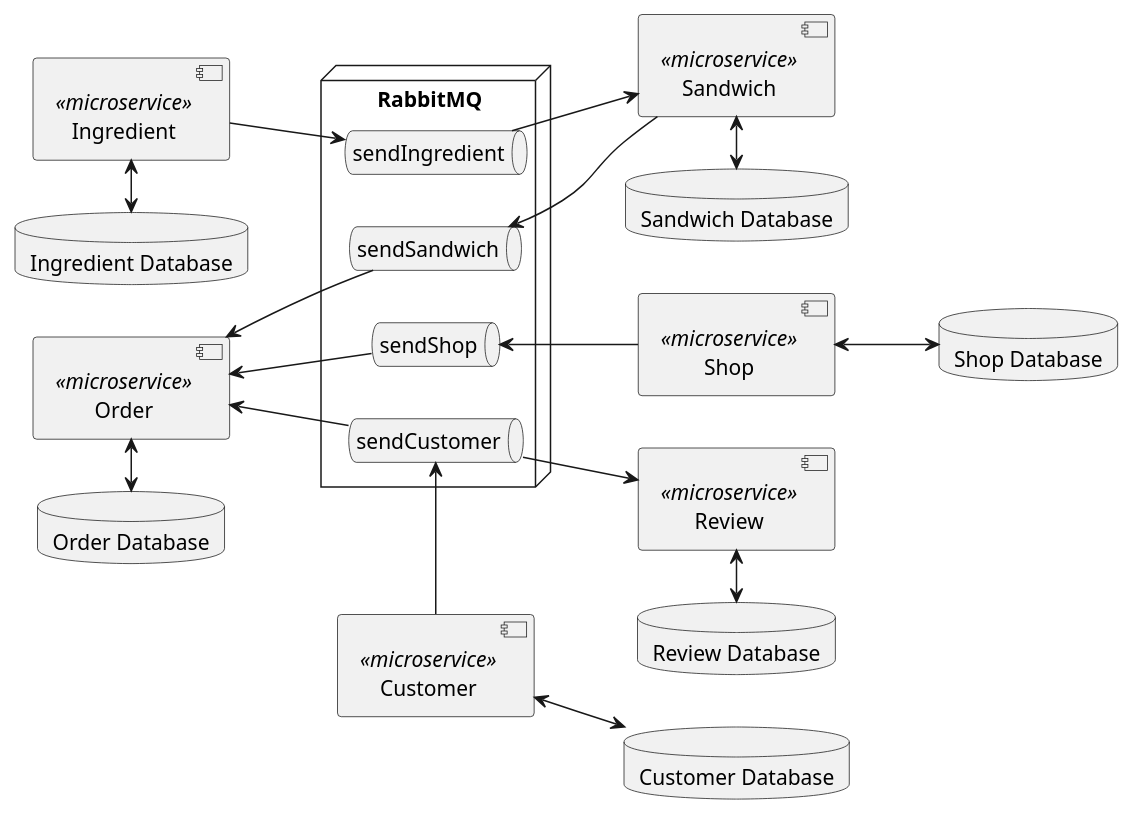
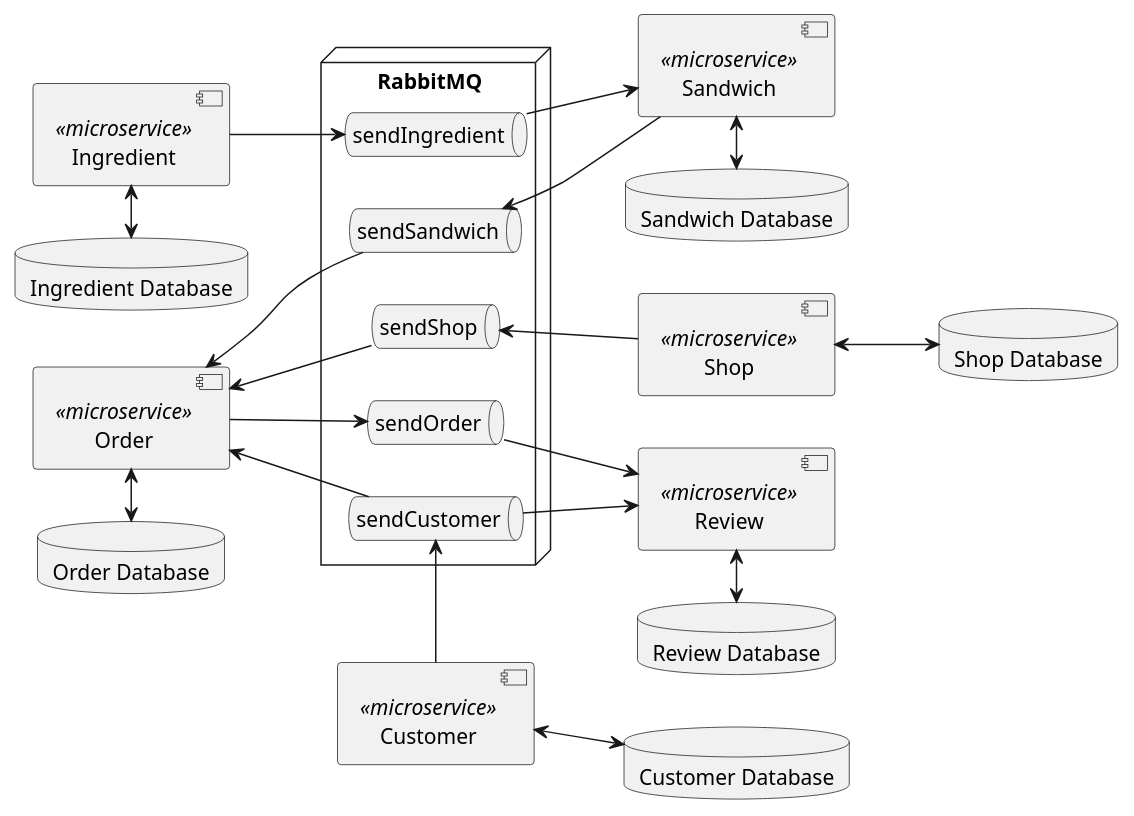
One commit to TiagoNora/ballerina-project changed the diagram in design/diagramMessage.puml. Above: the diagram before and after it, drawn with PlantUML. The commit also changed 8 other files, not shown here.

```diff
--- a/design/diagramMessage.puml
+++ b/design/diagramMessage.puml
@@ -1,55 +1,59 @@
 @startuml
 
 left to right direction
 
 [Sandwich] <<microservice>> as sandwich
 [Ingredient] <<microservice>> as ingredient
 [Review] <<microservice>> as review
 [Shop] <<microservice>> as shop
 [Order] <<microservice>> as order
 [Customer] <<microservice>> as customer
 
 
 node "RabbitMQ"{
     queue sendSandwich as sendSandwich{ 
     }
     queue sendIngredient as sendIngredient{
     }
     queue sendShop as sendShop{
     }
     queue sendCustomer as sendCustomer{
+    }
+    queue sendOrder as sendOrder{
     }
 
 }
 
 database "Sandwich Database" as sand{
 }
 database "Ingredient Database" as i{
 }
 database "Review Database" as r{
 }
 database "Shop Database" as s{
 }
 database "Order Database" as o{
 }
 database "Customer Database" as c{
 }
 
 sandwich <-right-> sand
 ingredient <-right-> i
 review <-right-> r 
 shop <--> s
 order <-right-> o 
 customer <--> c
 
 sendSandwich <-- sandwich
 order <-- sendSandwich
 ingredient --> sendIngredient
 sendIngredient --> sandwich
 sendShop <-- shop 
 order <-- sendShop
 sendCustomer <-left- customer
 order <-- sendCustomer
 sendCustomer --> review
+order --> sendOrder
+sendOrder --> review
 
 @enduml
```
